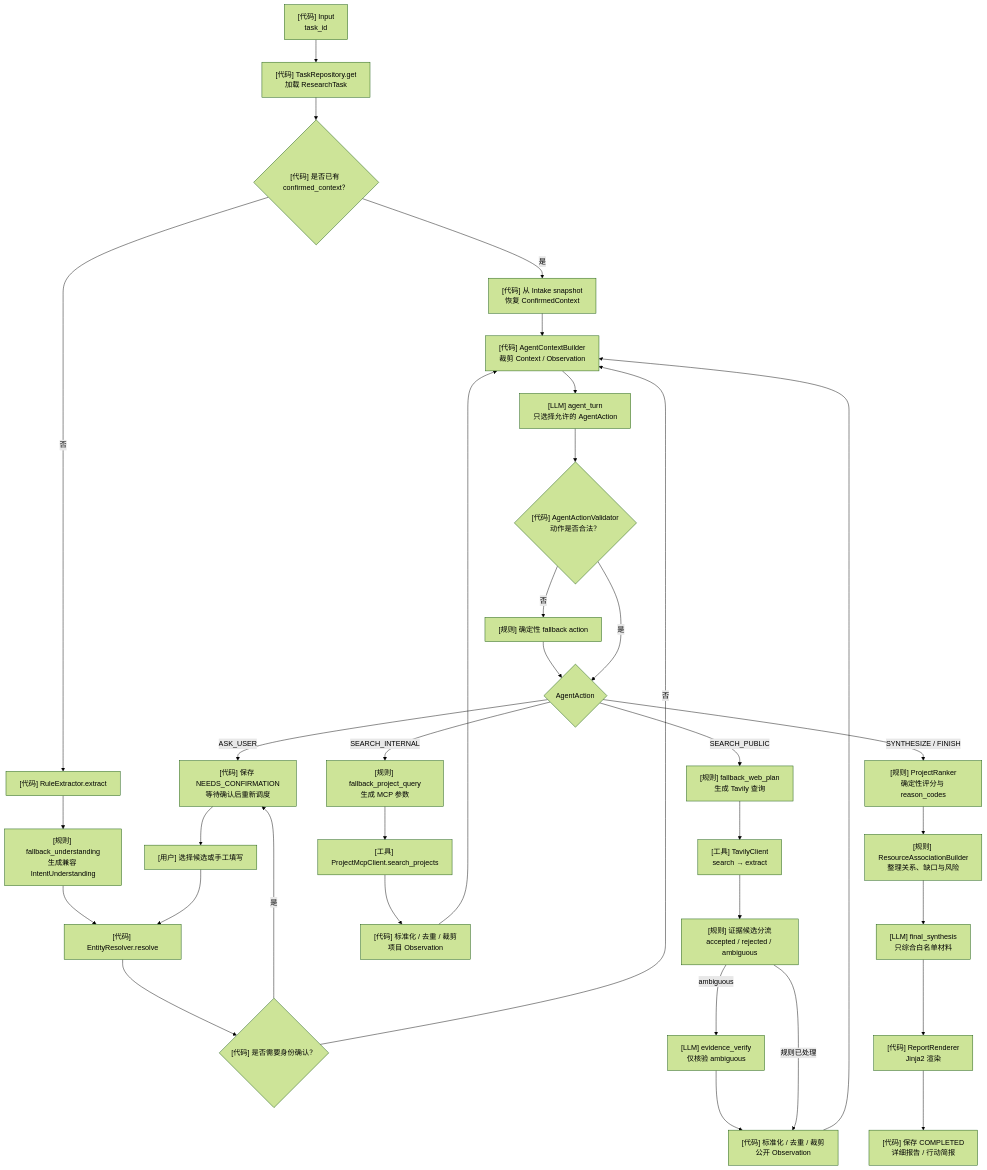
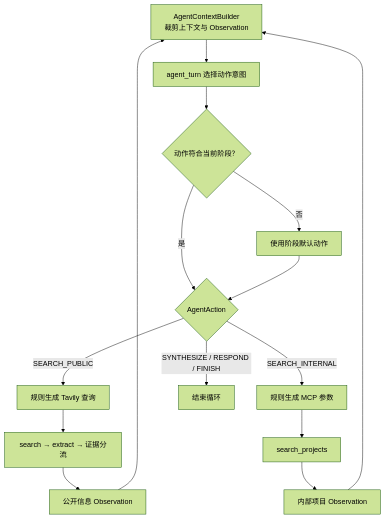
The eighth of 15 diagrams in README.md (41423577arc-lab/RA), drawn with Mermaid (forest theme) before and after one commit. The commit also changed other lines of this file and 2 other files, not shown here.

Commit message:
文档：更新当前架构说明与流程图

````diff
--- a/README.md
+++ b/README.md
@@ -276,54 +205,20 @@
 ```mermaid
 flowchart TD
-    Input["[代码] Input<br/>task_id"]
-    Load["[代码] TaskRepository.get<br/>加载 ResearchTask"]
-    HasContext{"[代码] 是否已有 confirmed_context？"}
+    Context["AgentContextBuilder<br/>裁剪上下文与 Observation"] --> Turn["agent_turn 选择动作意图"]
+    Turn --> Validate{"动作符合当前阶段？"}
+    Validate -->|"否"| Fallback["使用阶段默认动作"]
+    Validate -->|"是"| Action{"AgentAction"}
+    Fallback --> Action
 
-    Restore["[代码] 从 Intake snapshot<br/>恢复 ConfirmedContext"]
-    Extract["[代码] RuleExtractor.extract"]
-    Understand["[规则] fallback_understanding<br/>生成兼容 IntentUnderstanding"]
-    Resolve["[代码] EntityResolver.resolve"]
-    ConfirmNeeded{"[代码] 是否需要身份确认？"}
-    UserConfirm["[用户] 选择候选或手工填写"]
-    PersistConfirm["[代码] 保存 NEEDS_CONFIRMATION<br/>等待确认后重新调度"]
+    Action -->|"SEARCH_PUBLIC"| WebPlan["规则生成 Tavily 查询"]
+    WebPlan --> WebTool["search → extract → 证据分流"]
+    WebTool --> WebObs["公开信息 Observation"]
+    WebObs --> Context
 
-    Context["[代码] AgentContextBuilder<br/>裁剪 Context / Observation"]
-    Turn["[LLM] agent_turn<br/>只选择允许的 AgentAction"]
-    Validate{"[代码] AgentActionValidator<br/>动作是否合法？"}
-    Fallback["[规则] 确定性 fallback action"]
-    Action{"AgentAction"}
+    Action -->|"SEARCH_INTERNAL"| ProjectPlan["规则生成 MCP 参数"]
+    ProjectPlan --> ProjectTool["search_projects"]
+    ProjectTool --> ProjectObs["内部项目 Observation"]
+    ProjectObs --> Context
 
-    WebPlan["[规则] fallback_web_plan<br/>生成 Tavily 查询"]
-    WebTool["[工具] TavilyClient<br/>search → extract"]
-    EvidenceRoute["[规则] 证据候选分流<br/>accepted / rejected / ambiguous"]
-    WebVerify["[LLM] evidence_verify<br/>仅核验 ambiguous"]
-    WebObservation["[代码] 标准化 / 去重 / 裁剪<br/>公开 Observation"]
-
-    ProjectPlan["[规则] fallback_project_query<br/>生成 MCP 参数"]
-    ProjectTool["[工具] ProjectMcpClient.search_projects"]
-    ProjectObservation["[代码] 标准化 / 去重 / 裁剪<br/>项目 Observation"]
-
-    Rerank["[规则] ProjectRanker<br/>确定性评分与 reason_codes"]
-    Match["[规则] ResourceAssociationBuilder<br/>整理关系、缺口与风险"]
-    Content["[LLM] final_synthesis<br/>只综合白名单材料"]
-    Render["[代码] ReportRenderer<br/>Jinja2 渲染"]
-    Complete["[代码] 保存 COMPLETED<br/>详细报告 / 行动简报"]
-
-    Input --> Load --> HasContext
-    HasContext -->|"是"| Restore --> Context
-    HasContext -->|"否"| Extract --> Understand --> Resolve --> ConfirmNeeded
-    ConfirmNeeded -->|"是"| PersistConfirm --> UserConfirm --> Resolve
-    ConfirmNeeded -->|"否"| Context
-
-    Context --> Turn --> Validate
-    Validate -->|"否"| Fallback --> Action
-    Validate -->|"是"| Action
-    Action -->|"SEARCH_PUBLIC"| WebPlan --> WebTool --> EvidenceRoute
-    EvidenceRoute -->|"ambiguous"| WebVerify --> WebObservation
-    EvidenceRoute -->|"规则已处理"| WebObservation
-    Action -->|"SEARCH_INTERNAL"| ProjectPlan --> ProjectTool --> ProjectObservation
-    WebObservation --> Context
-    ProjectObservation --> Context
-    Action -->|"SYNTHESIZE / FINISH"| Rerank --> Match --> Content --> Render --> Complete
-    Action -->|"ASK_USER"| PersistConfirm
+    Action -->|"SYNTHESIZE / RESPOND / FINISH"| Done["结束循环"]
 ```
````
